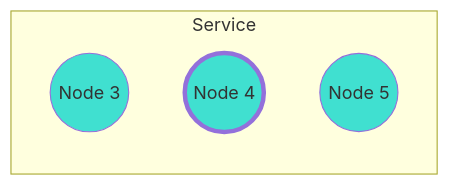
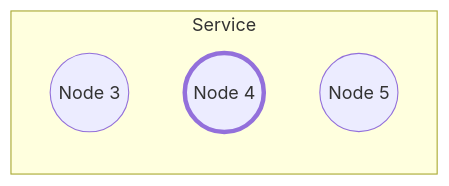
Before and after one commit to microsoft/CCF: the sixth of 6 diagrams in doc/operations/code_upgrade.rst, drawn with Mermaid. The commit also changed other lines of this file and 27 other files, not shown here.

```diff
--- a/doc/operations/code_upgrade.rst
+++ b/doc/operations/code_upgrade.rst
@@ -165,15 +140,11 @@
 .. mermaid::
 
     graph LR;
-        classDef NewNode fill:Turquoise
         classDef Primary stroke-width:4px
 
         subgraph Service
             Node3((Node 3))
             Node4((Node 4))
             class Node4 Primary
             Node5((Node 5))
-            class Node3 NewNode
-            class Node4 NewNode
-            class Node5 NewNode
         end
```
